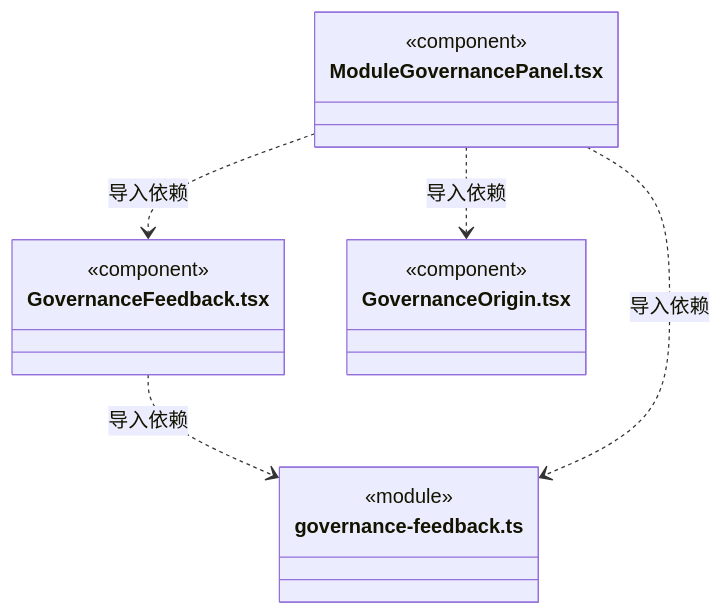
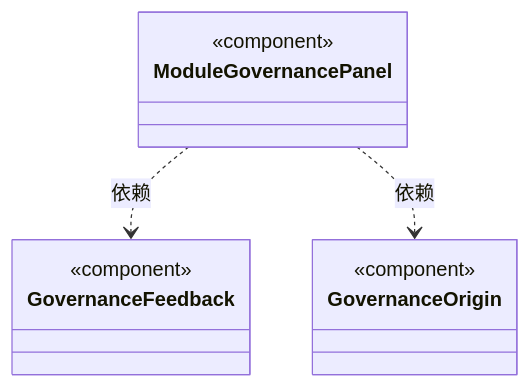
One commit to nan023062/cbim changed the diagram in src/view/governance/ARCHITECTURE.md. Above: the diagram before and after it, drawn with Mermaid. The commit also changed other lines of this file and 158 other files, not shown here.

Commit message:
docs: model architecture through nested virtual encapsulations

````diff
--- a/src/view/governance/ARCHITECTURE.md
+++ b/src/view/governance/ARCHITECTURE.md
@@ -227,19 +21,17 @@
 ```mermaid
 classDiagram
-class N_src_view_governance_GovernanceFeedback_tsx["GovernanceFeedback.tsx"] {
+class N_3deff9b7e3d4["ModuleGovernancePanel"] {
   <<component>>
 }
-class N_src_view_governance_governance_feedback_ts["governance-feedback.ts"] {
-  <<module>>
-}
-class N_src_view_governance_ModuleGovernancePanel_tsx["ModuleGovernancePanel.tsx"] {
+click N_3deff9b7e3d4 href "ModuleGovernancePanel.tsx"
+class N_676dfc7a4661["GovernanceFeedback"] {
   <<component>>
 }
-class N_src_view_governance_GovernanceOrigin_tsx["GovernanceOrigin.tsx"] {
+click N_676dfc7a4661 href "GovernanceFeedback.tsx"
+class N_9217c06c7798["GovernanceOrigin"] {
   <<component>>
 }
-N_src_view_governance_GovernanceFeedback_tsx ..> N_src_view_governance_governance_feedback_ts : 导入依赖
-N_src_view_governance_ModuleGovernancePanel_tsx ..> N_src_view_governance_GovernanceFeedback_tsx : 导入依赖
-N_src_view_governance_ModuleGovernancePanel_tsx ..> N_src_view_governance_GovernanceOrigin_tsx : 导入依赖
-N_src_view_governance_ModuleGovernancePanel_tsx ..> N_src_view_governance_governance_feedback_ts : 导入依赖
+click N_9217c06c7798 href "GovernanceOrigin.tsx"
+N_3deff9b7e3d4 ..> N_676dfc7a4661 : 依赖
+N_3deff9b7e3d4 ..> N_9217c06c7798 : 依赖
 ```
````
